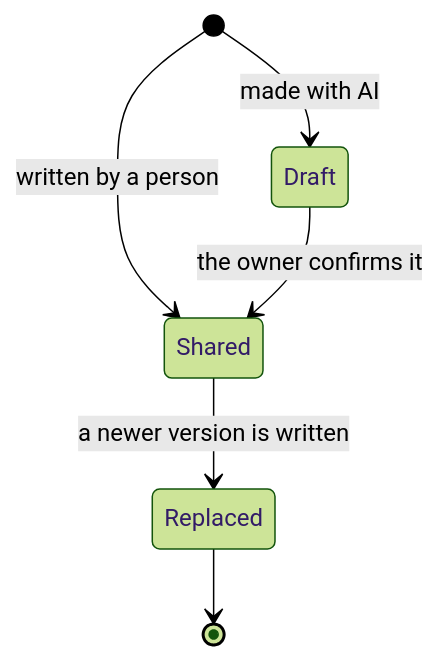
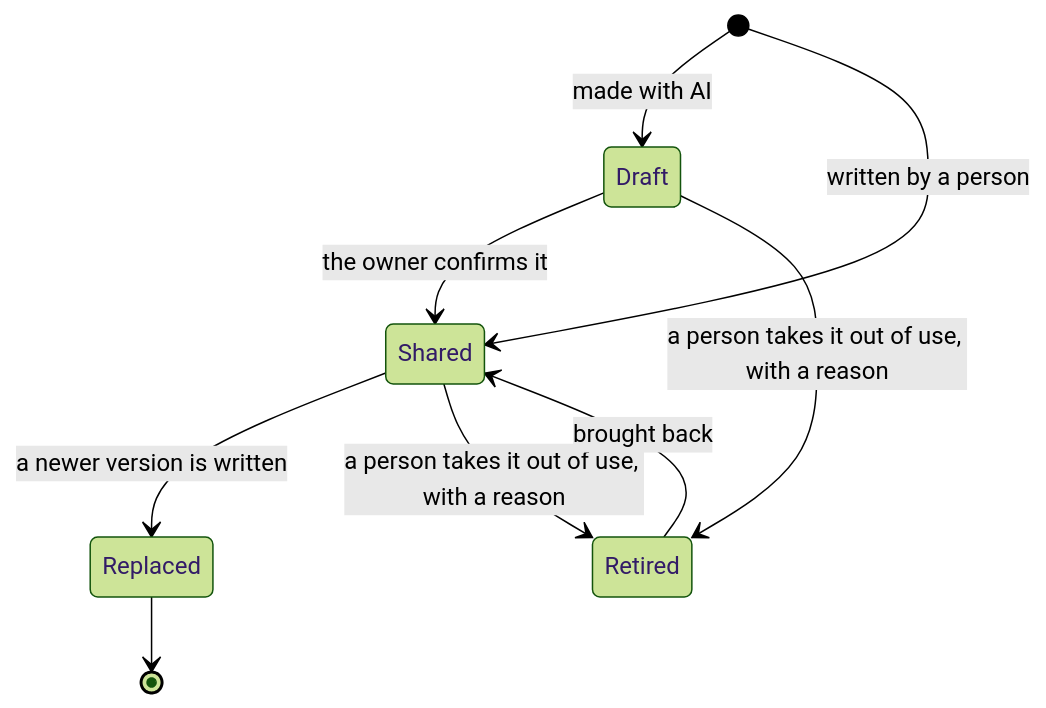
One commit to mitchh14/amped-insights changed the third of 4 diagrams in docs/FLOW.md. Above: the diagram before and after it, drawn with Mermaid (forest theme). The commit also changed other lines of this file and 8 other files, not shown here.

````diff
--- a/docs/FLOW.md
+++ b/docs/FLOW.md
@@ -111,8 +111,11 @@
 ```mermaid
 stateDiagram-v2
     [*] --> Draft: made with AI
     [*] --> Shared: written by a person
     Draft --> Shared: the owner confirms it
     Shared --> Replaced: a newer version is written
+    Draft --> Retired: a person takes it out of use, with a reason
+    Shared --> Retired: a person takes it out of use, with a reason
+    Retired --> Shared: brought back
     Replaced --> [*]
 ```
````
